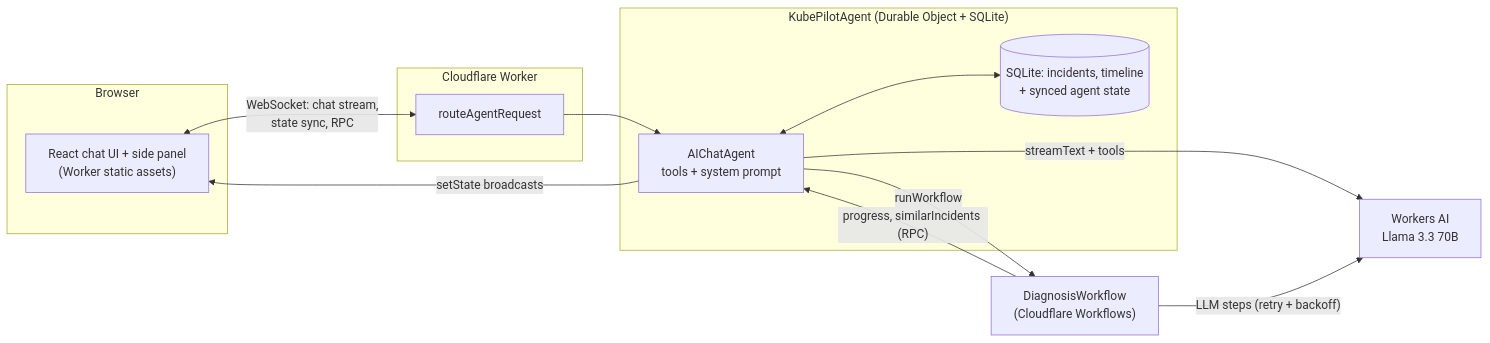
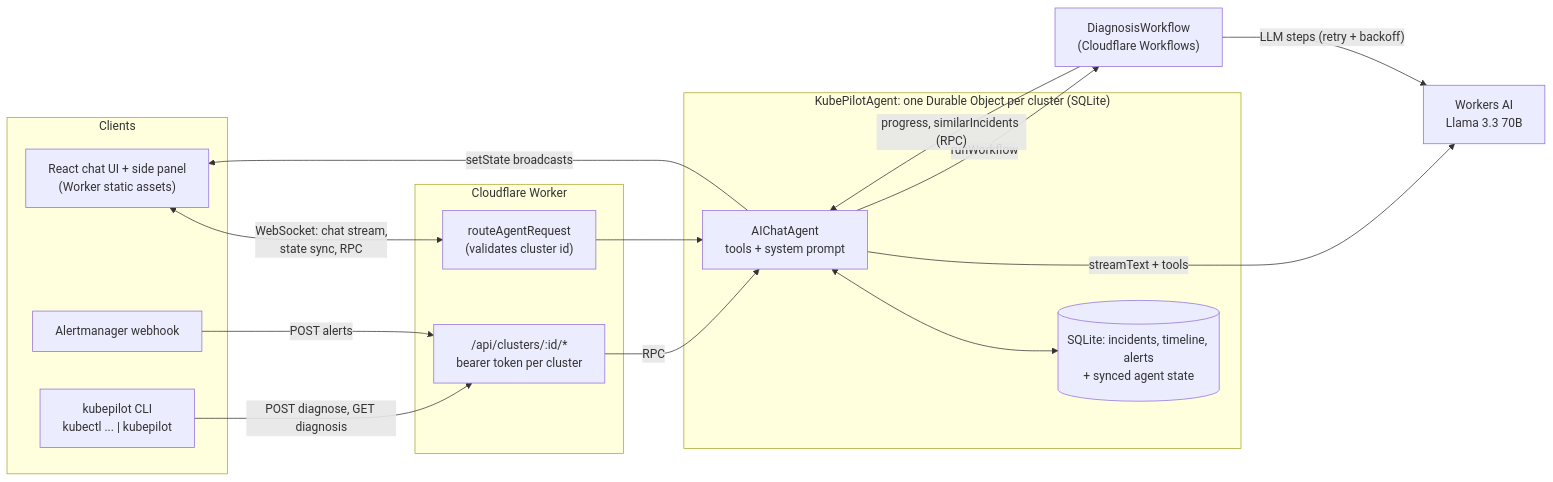
Before and after one commit to drashtimagia/cf_ai_kubepilot: the diagram in README.md, drawn with Mermaid. The commit also changed other lines of this file and 40 other files, not shown here.

First line of the commit message:
Add evaluation harness, alert webhook, per-cluster agents and CLI

````diff
--- a/README.md
+++ b/README.md
@@ -16,23 +20,29 @@
 ```mermaid
 flowchart LR
-  subgraph Browser
+  subgraph Clients
     UI["React chat UI + side panel<br/>(Worker static assets)"]
+    AM["Alertmanager webhook"]
+    CLI["kubepilot CLI<br/>kubectl ... | kubepilot"]
   end
   subgraph Worker["Cloudflare Worker"]
-    R["routeAgentRequest"]
+    R["routeAgentRequest<br/>(validates cluster id)"]
+    API["/api/clusters/:id/*<br/>bearer token per cluster"]
   end
-  subgraph DO["KubePilotAgent (Durable Object + SQLite)"]
+  subgraph DO["KubePilotAgent: one Durable Object per cluster (SQLite)"]
     A["AIChatAgent<br/>tools + system prompt"]
-    S[("SQLite: incidents, timeline<br/>+ synced agent state")]
+    S[("SQLite: incidents, timeline, alerts<br/>+ synced agent state")]
   end
   WF["DiagnosisWorkflow<br/>(Cloudflare Workflows)"]
   AI["Workers AI<br/>Llama 3.3 70B"]
 
   UI <-->|"WebSocket: chat stream,<br/>state sync, RPC"| R --> A
+  AM -->|POST alerts| API
+  CLI -->|POST diagnose, GET diagnosis| API
+  API -->|RPC| A
   A <--> S
   A -->|streamText + tools| AI
-  A -->|"runWorkflow"| WF
+  A -->|runWorkflow| WF
   WF -->|"LLM steps (retry + backoff)"| AI
   WF -->|"progress, similarIncidents (RPC)"| A
   A -->|"setState broadcasts"| UI
 ```
````
